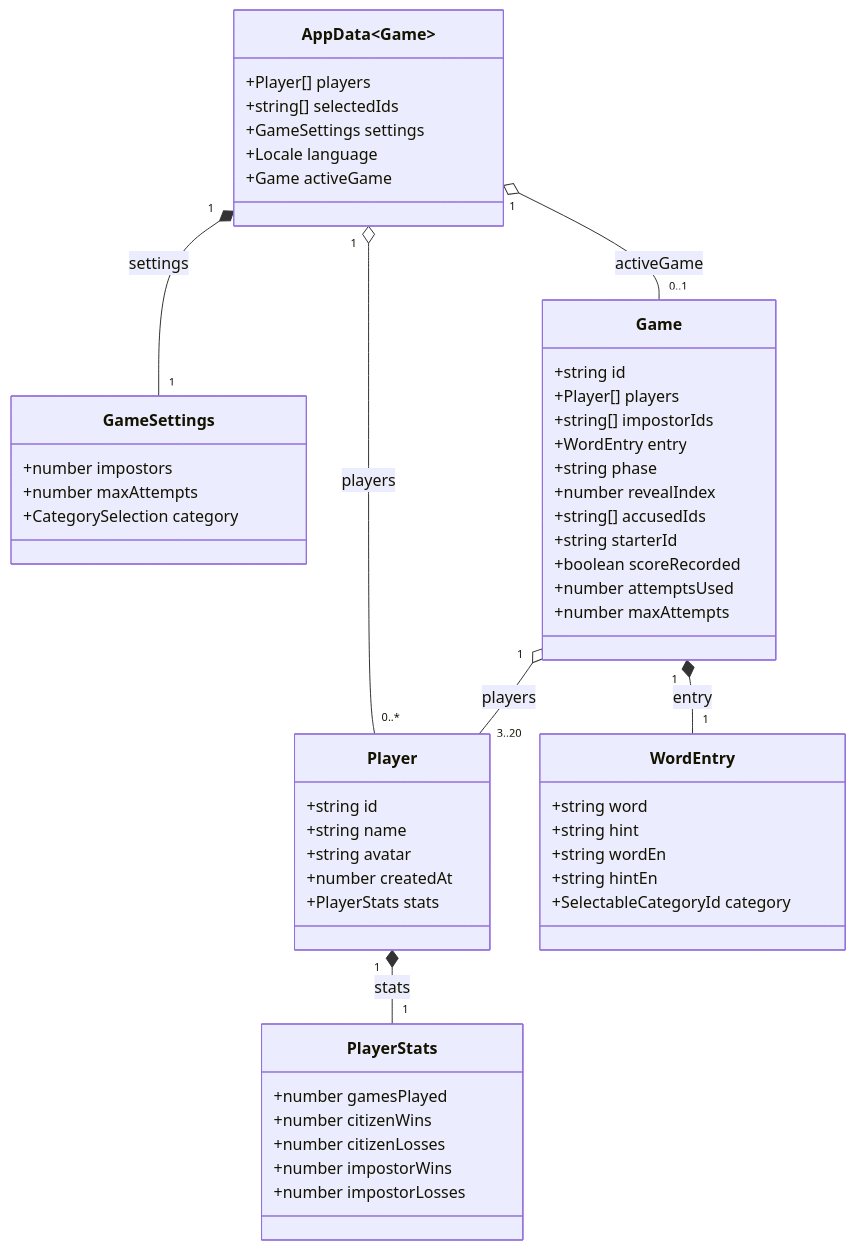
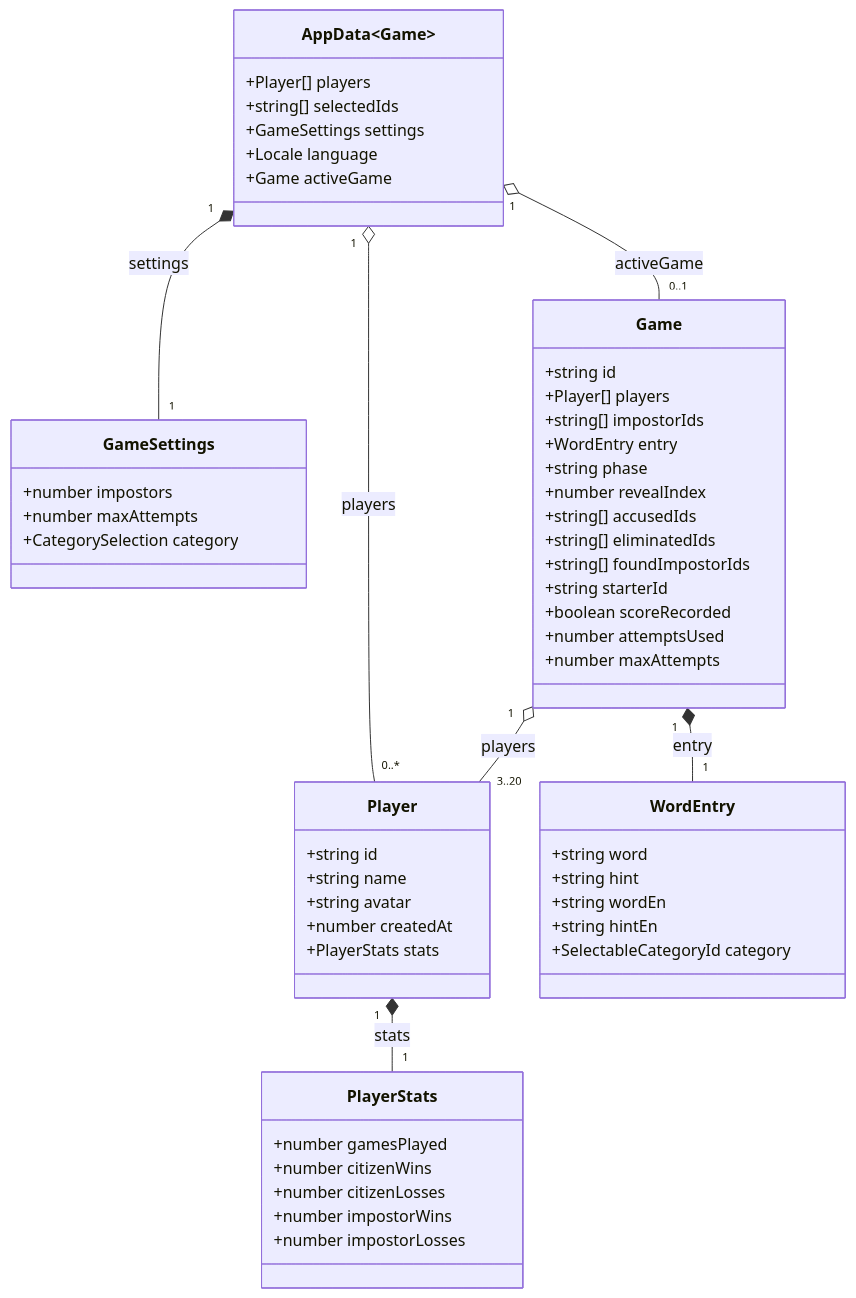
One commit to LucaSforza/ImpostorGame changed the diagram in kb/indexeddb.md. Above: the diagram before and after it, drawn with Mermaid. The commit also changed other lines of this file and 10 other files, not shown here.

````diff
--- a/kb/indexeddb.md
+++ b/kb/indexeddb.md
@@ -17,55 +17,57 @@
 ```mermaid
 classDiagram
   class AppData~Game~ {
     +Player[] players
     +string[] selectedIds
     +GameSettings settings
     +Locale language
     +Game activeGame
   }
   class Player {
     +string id
     +string name
     +string avatar
     +number createdAt
     +PlayerStats stats
   }
   class PlayerStats {
     +number gamesPlayed
     +number citizenWins
     +number citizenLosses
     +number impostorWins
     +number impostorLosses
   }
   class GameSettings {
     +number impostors
     +number maxAttempts
     +CategorySelection category
   }
   class Game {
     +string id
     +Player[] players
     +string[] impostorIds
     +WordEntry entry
     +string phase
     +number revealIndex
     +string[] accusedIds
+    +string[] eliminatedIds
+    +string[] foundImpostorIds
     +string starterId
     +boolean scoreRecorded
     +number attemptsUsed
     +number maxAttempts
   }
   class WordEntry {
     +string word
     +string hint
     +string wordEn
     +string hintEn
     +SelectableCategoryId category
   }
   AppData~Game~ "1" o-- "0..*" Player : players
   Player "1" *-- "1" PlayerStats : stats
   AppData~Game~ "1" *-- "1" GameSettings : settings
   AppData~Game~ "1" o-- "0..1" Game : activeGame
   Game "1" o-- "3..20" Player : players
   Game "1" *-- "1" WordEntry : entry
 ```
````
